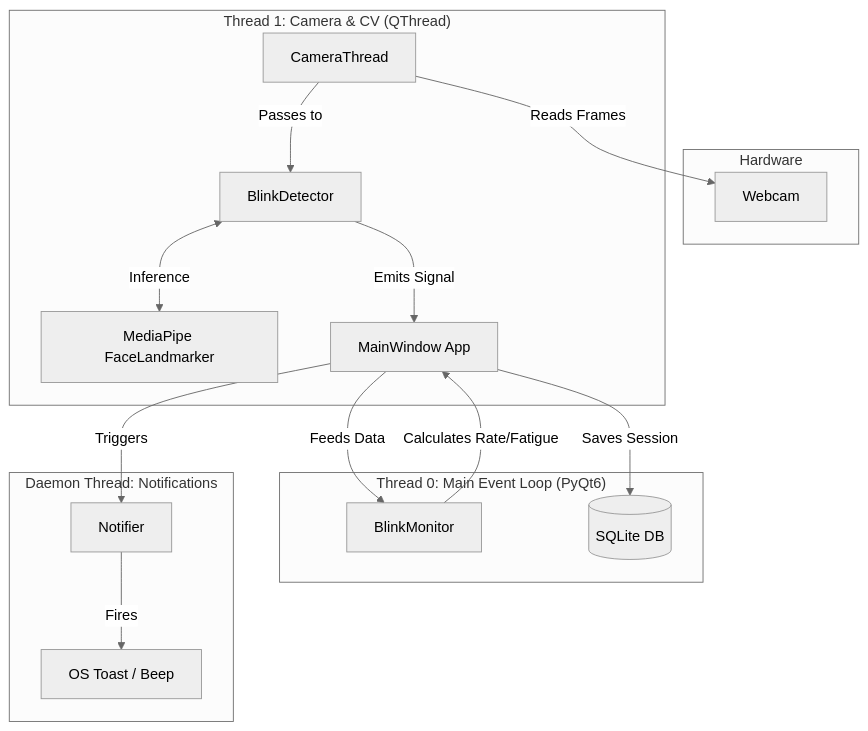
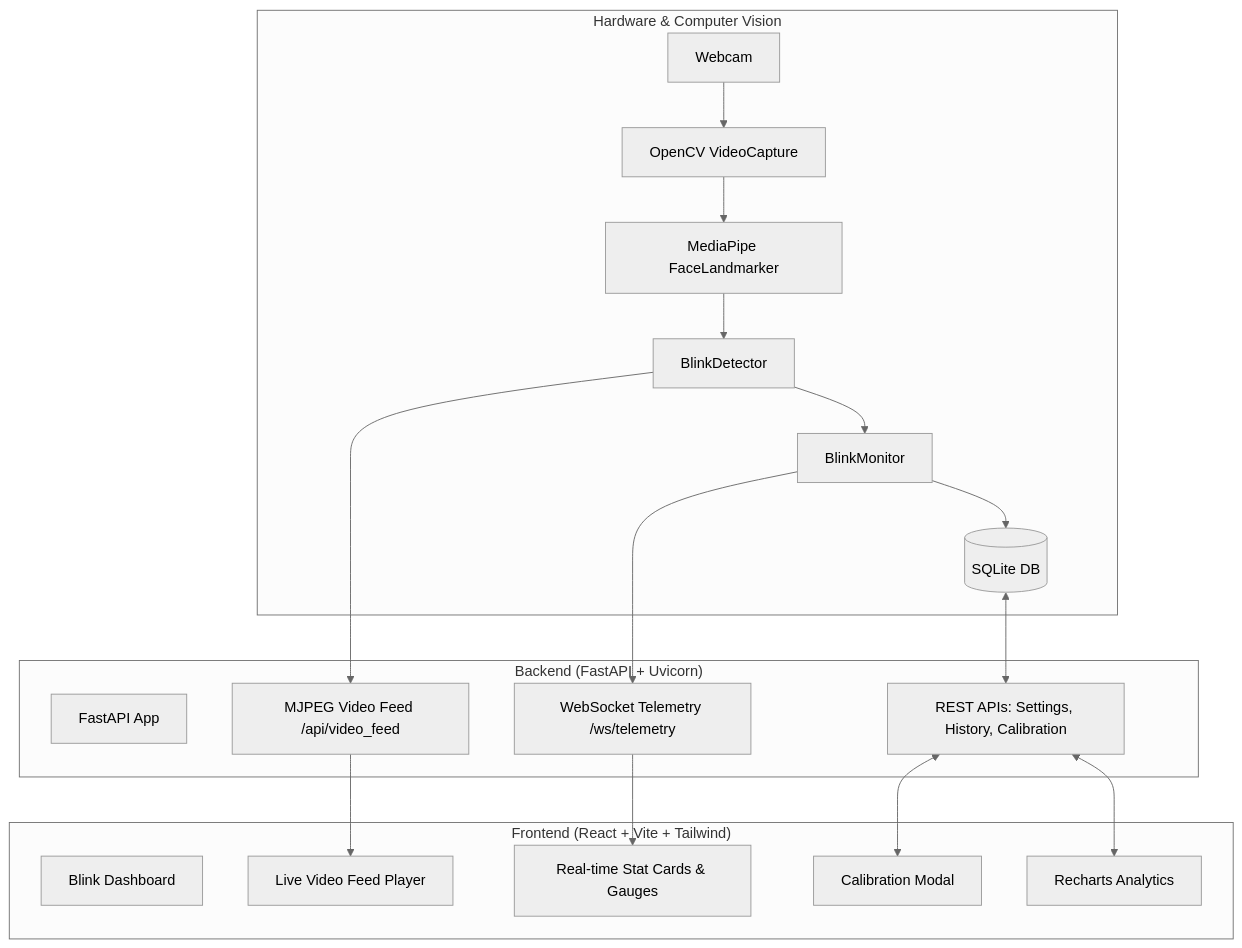
One commit to Ares19v/Blink changed the diagram in README.md. Above: the diagram before and after it, drawn with Mermaid (neutral theme). The commit also changed other lines of this file and 42 other files, not shown here.

Commit message:
Migrate Blink to FastAPI + Uvicorn + React + Vite with DirectShow WebSocket streaming

````diff
--- a/README.md
+++ b/README.md
@@ -50,35 +50,34 @@
 ```mermaid
 graph TD
-    subgraph "Hardware"
-        WC[Webcam]
+    subgraph "Hardware & Computer Vision"
+        WC[Webcam] --> CV[OpenCV VideoCapture]
+        CV --> MP[MediaPipe FaceLandmarker]
+        MP --> BD[BlinkDetector]
+        BD --> BM[BlinkMonitor]
+        BM --> DB[(SQLite DB)]
     end
 
-    subgraph "Thread 1: Camera & CV (QThread)"
-        CT[CameraThread]
-        MP[MediaPipe FaceLandmarker]
-        BD[BlinkDetector]
+    subgraph "Backend (FastAPI + Uvicorn)"
+        SRV[FastAPI App]
+        MJPEG[MJPEG Video Feed /api/video_feed]
+        WS[WebSocket Telemetry /ws/telemetry]
+        REST[REST APIs: Settings, History, Calibration]
         
-        CT -->|Reads Frames| WC
-        CT -->|Passes to| BD
-        BD <-->|Inference| MP
-        BD -->|Emits Signal| GUI
+        BD --> MJPEG
+        BM --> WS
+        DB <--> REST
     end
 
-    subgraph "Thread 0: Main Event Loop (PyQt6)"
-        GUI[MainWindow App]
-        BM[BlinkMonitor]
-        DB[(SQLite DB)]
+    subgraph "Frontend (React + Vite + Tailwind)"
+        UI[Blink Dashboard]
+        VID[Live Video Feed Player]
+        STATS[Real-time Stat Cards & Gauges]
+        CALIB[Calibration Modal]
+        HIST[Recharts Analytics]
         
-        GUI -->|Feeds Data| BM
-        BM -->|Calculates Rate/Fatigue| GUI
-        GUI -->|Saves Session| DB
-    end
-
-    subgraph "Daemon Thread: Notifications"
-        NT[Notifier]
-        OS[OS Toast / Beep]
-        
-        GUI -->|Triggers| NT
-        NT -->|Fires| OS
+        MJPEG --> VID
+        WS --> STATS
+        REST <--> CALIB
+        REST <--> HIST
     end
 ```
````
